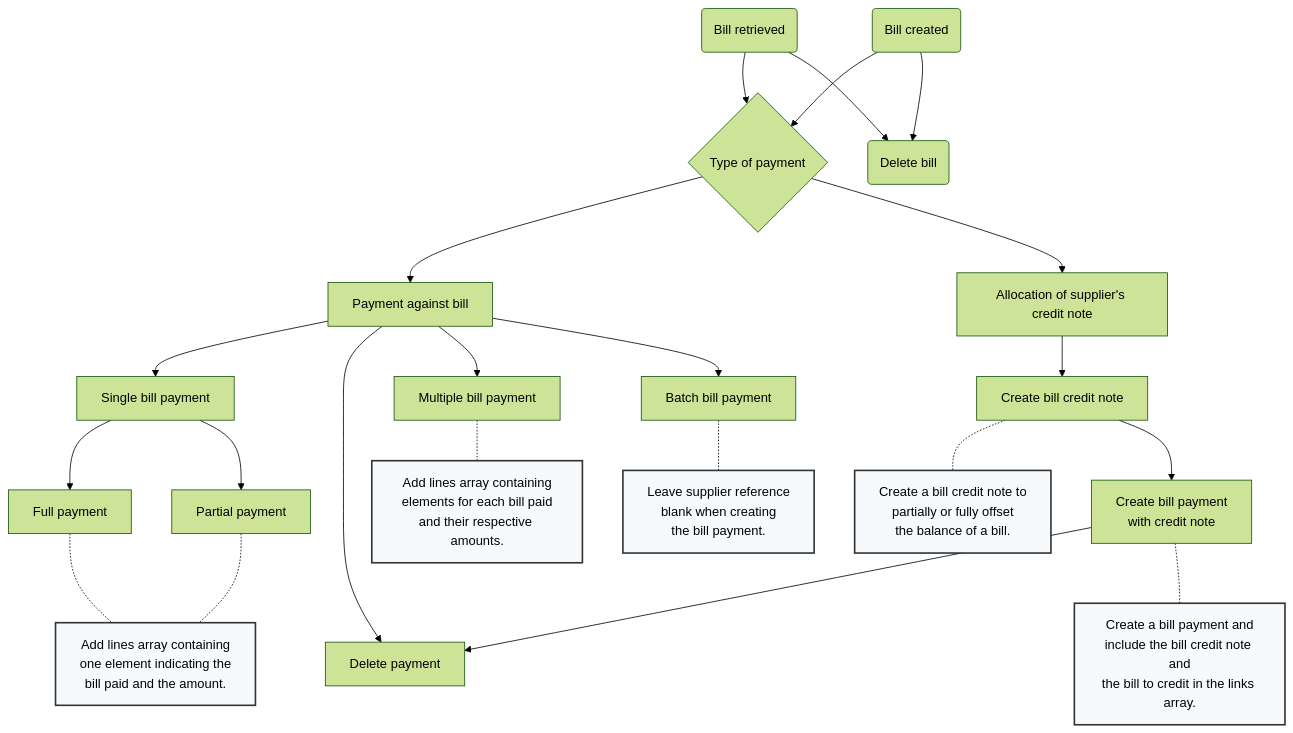
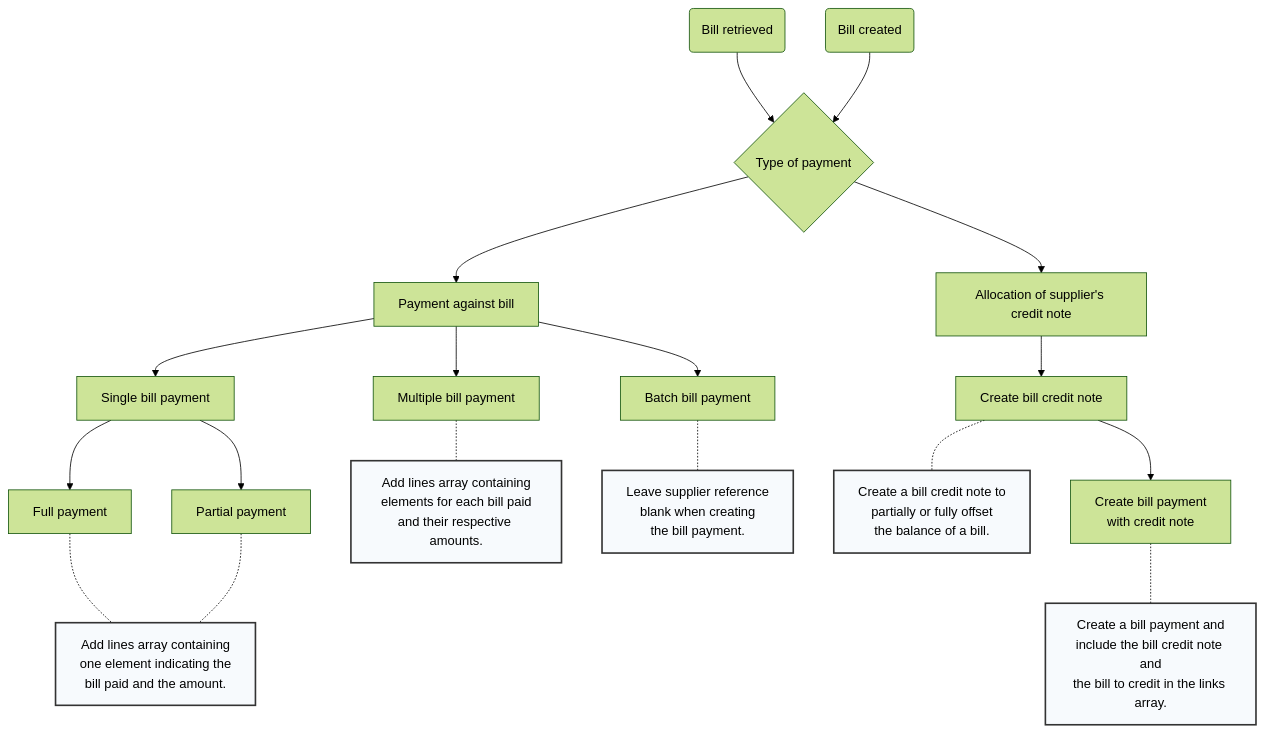
The second of 2 diagrams in docs/payables/payments.md (codatio/codat-docs), drawn with Mermaid (forest theme) before and after one commit.

Commit message:
revert the diagram

````diff
--- a/docs/payables/payments.md
+++ b/docs/payables/payments.md
@@ -46,43 +46,38 @@
 ```mermaid
 
 graph TD
     style note1 fill:#f7fafd,stroke:#333,stroke-width:2px,font-color:#ffffff;
     style note2 fill:#f7fafd,stroke:#333,stroke-width:2px,font-color:#ffffff;
     style note3 fill:#f7fafd,stroke:#333,stroke-width:2px,font-color:#ffffff;
     style note4 fill:#f7fafd,stroke:#333,stroke-width:2px,font-color:#ffffff;
     style note5 fill:#f7fafd,stroke:#333,stroke-width:2px,font-color:#ffffff;
     style D1 round
     style D2 round
     style D3 round
     style D4 round
 
     A1(Bill retrieved) --> B{Type of payment}
     A2(Bill created) --> B
 
-    A1 --> F1(Delete bill)
-    A2 --> F1
-
     B --> C1[Payment against bill]
     B --> C2[Allocation of supplier's credit note]
 
     C1 --> D1[Single bill payment]
-    C1 --> E4[Delete payment]
     D1 --> E1[Full payment]
     D1 --> E2[Partial payment]
     E1 -.- note1[Add lines array containing<br>one element indicating the<br>bill paid and the amount.]
     E2 -.- note1
 
     C1 --> D2[Multiple bill payment]
     D2 -.- note2[Add lines array containing<br>elements for each bill paid<br>and their respective amounts.]
 
     C1 --> D4[Batch bill payment]
     D4 -.- note5[Leave supplier reference<br> blank when creating <br>the bill payment.]
 
     C2 --> D3[Create bill credit note]
     D3 -.- note3[Create a bill credit note to<br>partially or fully offset<br>the balance of a bill.]
 
     D3 --> E3[Create bill payment <br>with credit note]
-    E3 --> E4
     E3 -.- note4[Create a bill payment and<br>include the bill credit note and<br>the bill to credit in the links array.]
 
 ```
````
